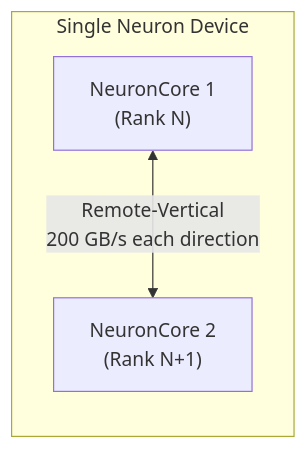
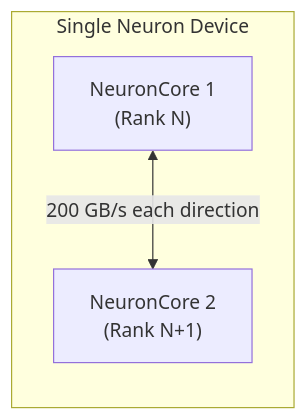
One commit to littlemex/zenn changed the fourth of 8 diagrams in articles/e71b12d2e9ba33.md. Above: the diagram before and after it, drawn with Mermaid. The commit also changed other lines of this file, not shown here.

````diff
--- a/articles/e71b12d2e9ba33.md
+++ b/articles/e71b12d2e9ba33.md
@@ -143,8 +143,8 @@
 ```mermaid
 graph LR
     subgraph "Single Neuron Device"
         NC1["NeuronCore 1<br/>(Rank N)"]
         NC2["NeuronCore 2<br/>(Rank N+1)"]
-        NC1 <-->|"Remote-Vertical<br/>200 GB/s each direction"| NC2
+        NC1 <-->|"200 GB/s each direction"| NC2
     end
 ```
````
